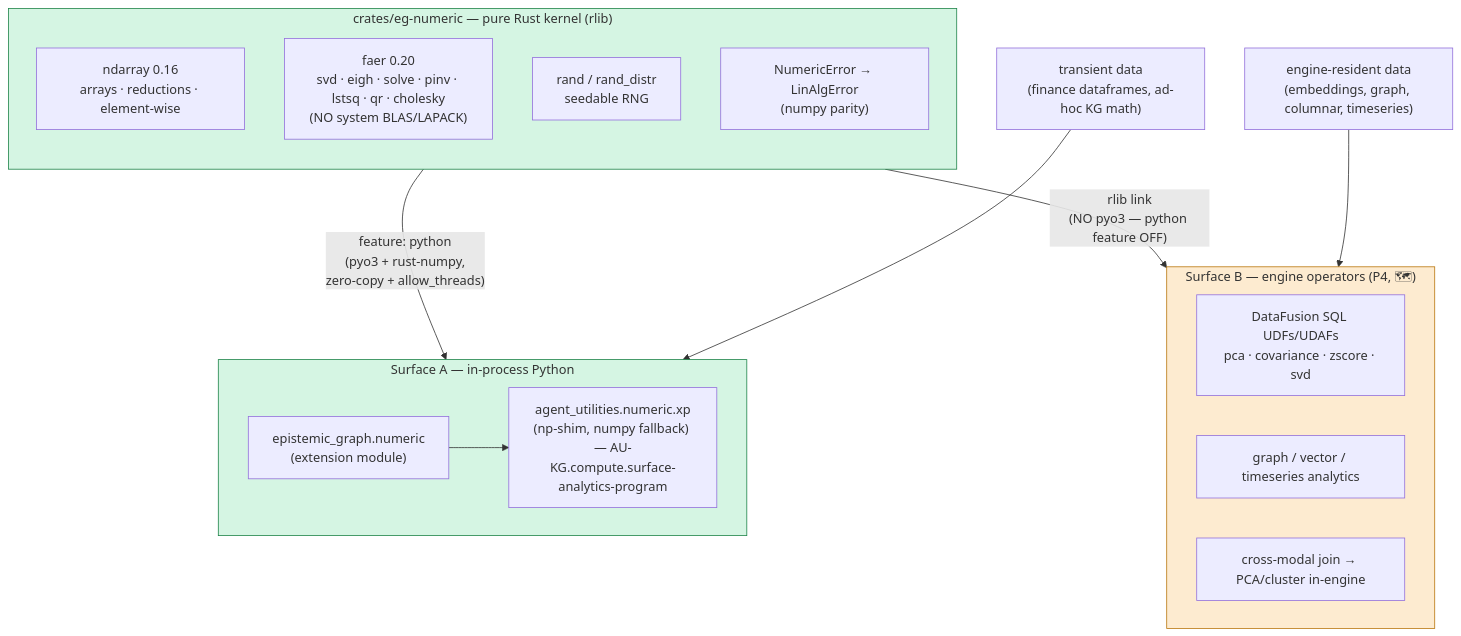
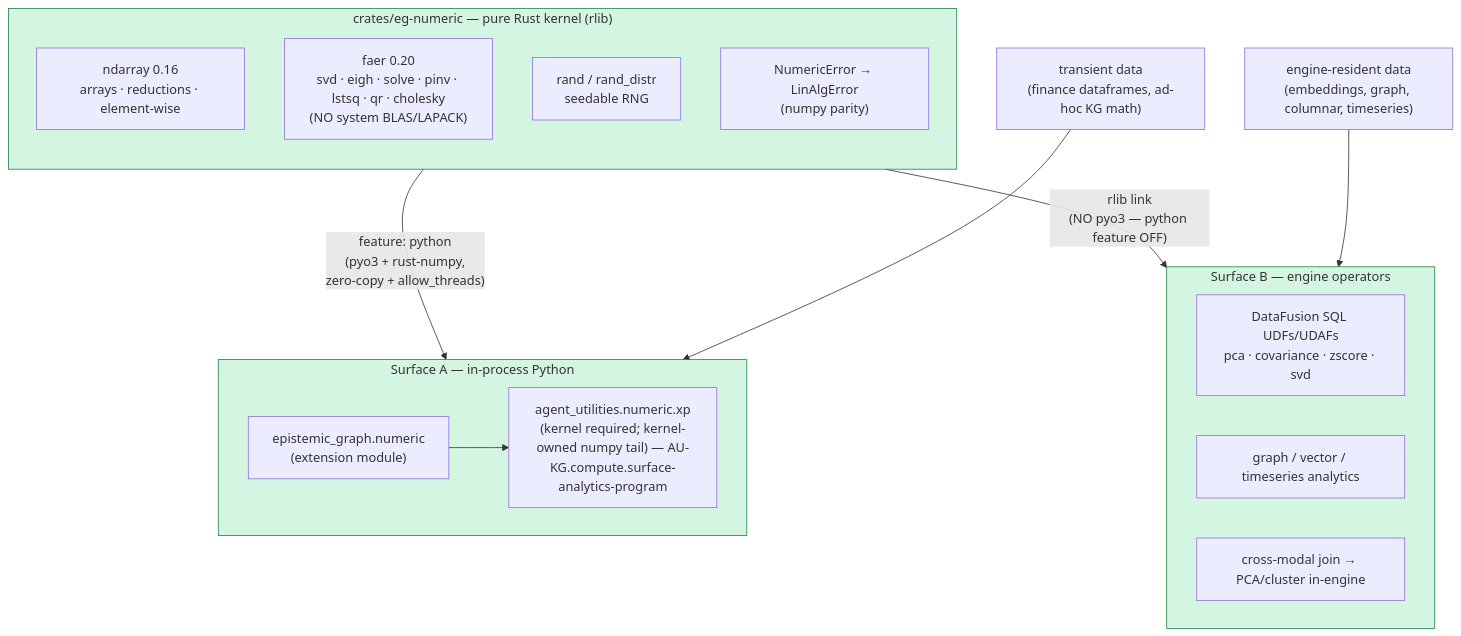
The first of 3 diagrams in docs/architecture/numeric_kernel.md (Knuckles-Team/epistemic-graph), drawn with Mermaid before and after one commit. The commit also changed other lines of this file and 857 other files, not shown here.

First line of the commit message:
feat(eg): assimilate advanced epistemic-graph 2.23.1

````diff
--- a/docs/architecture/numeric_kernel.md
+++ b/docs/architecture/numeric_kernel.md
@@ -16,33 +16,32 @@
 ```mermaid
 flowchart TD
     subgraph K["crates/eg-numeric — pure Rust kernel (rlib)"]
         direction TB
         ND["ndarray 0.16<br/>arrays · reductions · element-wise"]
         FA["faer 0.20<br/>svd · eigh · solve · pinv · lstsq · qr · cholesky<br/>(NO system BLAS/LAPACK)"]
         RN["rand / rand_distr<br/>seedable RNG"]
         ERR["NumericError → LinAlgError<br/>(numpy parity)"]
     end
 
     K -->|"feature: python<br/>(pyo3 + rust-numpy,<br/>zero-copy + allow_threads)"| SA
     K -->|"rlib link<br/>(NO pyo3 — python feature OFF)"| SB
 
     subgraph SA["Surface A — in-process Python"]
         M1["epistemic_graph.numeric<br/>(extension module)"]
-        M2["agent_utilities.numeric.xp<br/>(np-shim, numpy fallback) — AU-KG.compute.surface-analytics-program"]
+        M2["agent_utilities.numeric.xp<br/>(kernel required; kernel-owned numpy tail) — AU-KG.compute.surface-analytics-program"]
         M1 --> M2
     end
 
-    subgraph SB["Surface B — engine operators (P4, 🗺)"]
+    subgraph SB["Surface B — engine operators"]
         D1["DataFusion SQL UDFs/UDAFs<br/>pca · covariance · zscore · svd"]
         D2["graph / vector / timeseries analytics"]
         D3["cross-modal join → PCA/cluster in-engine"]
     end
 
     TA["transient data<br/>(finance dataframes, ad-hoc KG math)"] --> SA
     TB["engine-resident data<br/>(embeddings, graph, columnar, timeseries)"] --> SB
 
     classDef done fill:#d5f5e3,stroke:#1e8449;
     classDef todo fill:#fdebd0,stroke:#b9770e;
-    class K,SA done;
-    class SB todo;
+    class K,SA,SB done;
 ```
````
